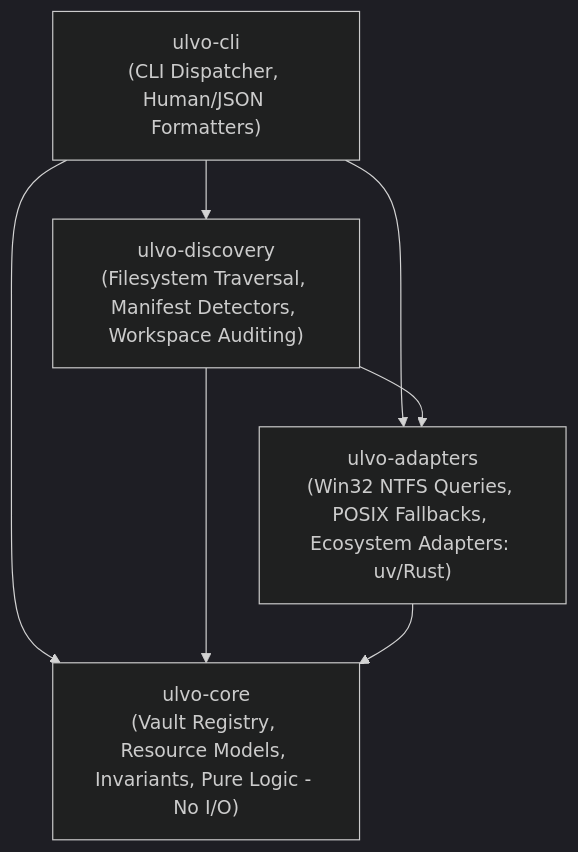
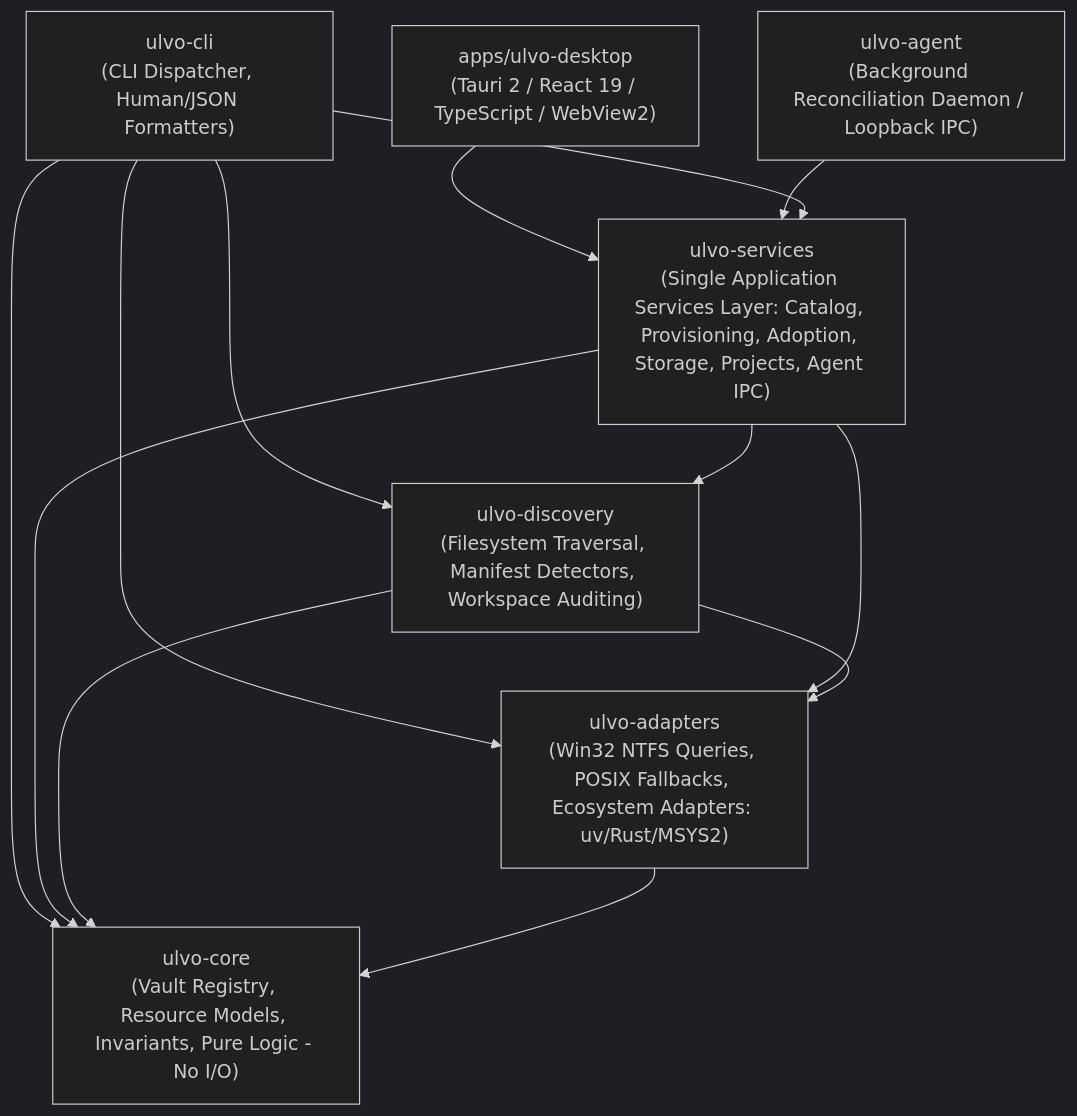
Before and after one commit to Voidwalker-AT/ULVO: the first of 2 diagrams in docs/ARCHITECTURE.md, drawn with Mermaid (dark theme). The commit also changed other lines of this file and 1 other file, not shown here.

Commit message:
docs: document Stage 3.1 desktop control center, services layer, catalog, agent, and cache CLI

````diff
--- a/docs/ARCHITECTURE.md
+++ b/docs/ARCHITECTURE.md
@@ -21,14 +21,23 @@
 ```mermaid
 graph TD
+    DESKTOP["apps/ulvo-desktop<br/>(Tauri 2 / React 19 / TypeScript / WebView2)"]
+    AGENT["ulvo-agent<br/>(Background Reconciliation Daemon / Loopback IPC)"]
     CLI["ulvo-cli<br/>(CLI Dispatcher, Human/JSON Formatters)"]
+    SERVICES["ulvo-services<br/>(Single Application Services Layer: Catalog, Provisioning, Adoption, Storage, Projects, Agent IPC)"]
     DISC["ulvo-discovery<br/>(Filesystem Traversal, Manifest Detectors, Workspace Auditing)"]
-    ADAPT["ulvo-adapters<br/>(Win32 NTFS Queries, POSIX Fallbacks, Ecosystem Adapters: uv/Rust)"]
+    ADAPT["ulvo-adapters<br/>(Win32 NTFS Queries, POSIX Fallbacks, Ecosystem Adapters: uv/Rust/MSYS2)"]
     CORE["ulvo-core<br/>(Vault Registry, Resource Models, Invariants, Pure Logic - No I/O)"]
 
+    DESKTOP --> SERVICES
+    AGENT --> SERVICES
+    CLI --> SERVICES
     CLI --> DISC
     CLI --> ADAPT
     CLI --> CORE
+    SERVICES --> DISC
+    SERVICES --> ADAPT
+    SERVICES --> CORE
     DISC --> ADAPT
     DISC --> CORE
     ADAPT --> CORE
 ```
````
